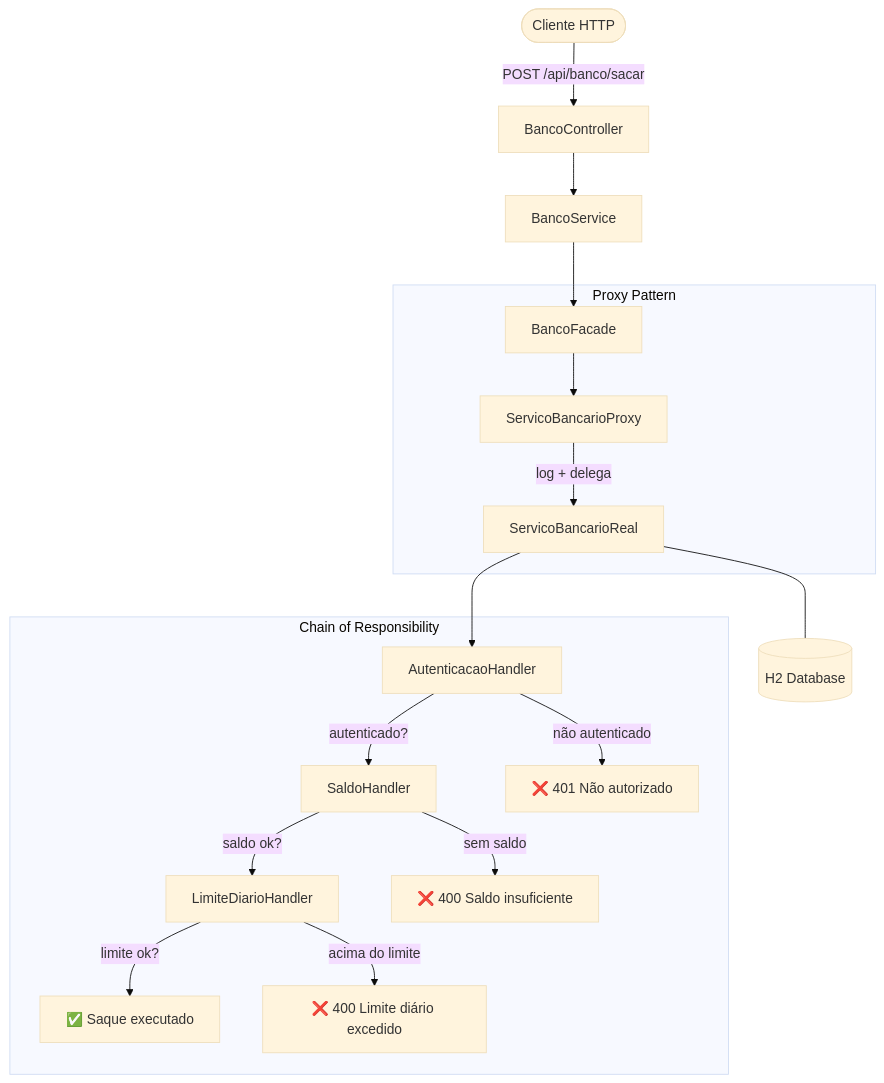
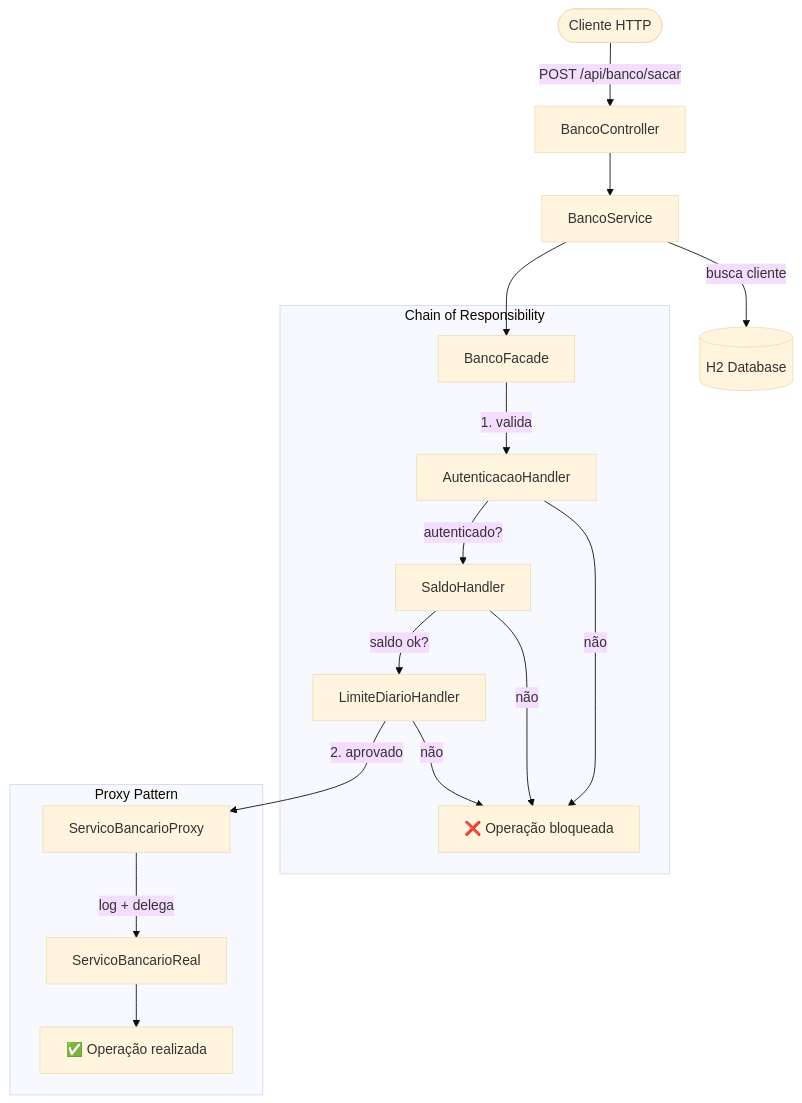
The diagram in README.md (odavid062/sistema-bancario-padroes-chain-proxy-facade), drawn with Mermaid (base theme) before and after one commit. The commit also changed other lines of this file, not shown here.

````diff
--- a/README.md
+++ b/README.md
@@ -24,23 +24,22 @@
 ```mermaid
 flowchart TD
     Client([Cliente HTTP]) -->|POST /api/banco/sacar| Controller[BancoController]
     Controller --> Service[BancoService]
+    Service -->|busca cliente| DB[(H2 Database)]
     Service --> Facade[BancoFacade]
 
-    subgraph Proxy Pattern
-        Facade --> Proxy[ServicoBancarioProxy]
-        Proxy -->|log + delega| Real[ServicoBancarioReal]
+    subgraph Chain of Responsibility
+        Facade -->|1. valida| H1[AutenticacaoHandler]
+        H1 -->|autenticado?| H2[SaldoHandler]
+        H2 -->|saldo ok?| H3[LimiteDiarioHandler]
+        H1 -->|não| Bloqueio[❌ Operação bloqueada]
+        H2 -->|não| Bloqueio
+        H3 -->|não| Bloqueio
     end
 
-    subgraph Chain of Responsibility
-        Real --> H1[AutenticacaoHandler]
-        H1 -->|autenticado?| H2[SaldoHandler]
-        H2 -->|saldo ok?| H3[LimiteDiarioHandler]
-        H3 -->|limite ok?| Saque[✅ Saque executado]
-        H1 -->|não autenticado| Erro1[❌ 401 Não autorizado]
-        H2 -->|sem saldo| Erro2[❌ 400 Saldo insuficiente]
-        H3 -->|acima do limite| Erro3[❌ 400 Limite diário excedido]
+    subgraph Proxy Pattern
+        H3 -->|2. aprovado| Proxy[ServicoBancarioProxy]
+        Proxy -->|log + delega| Real[ServicoBancarioReal]
+        Real --> Sucesso[✅ Operação realizada]
     end
-
-    Real --- DB[(H2 Database)]
 ```
````
